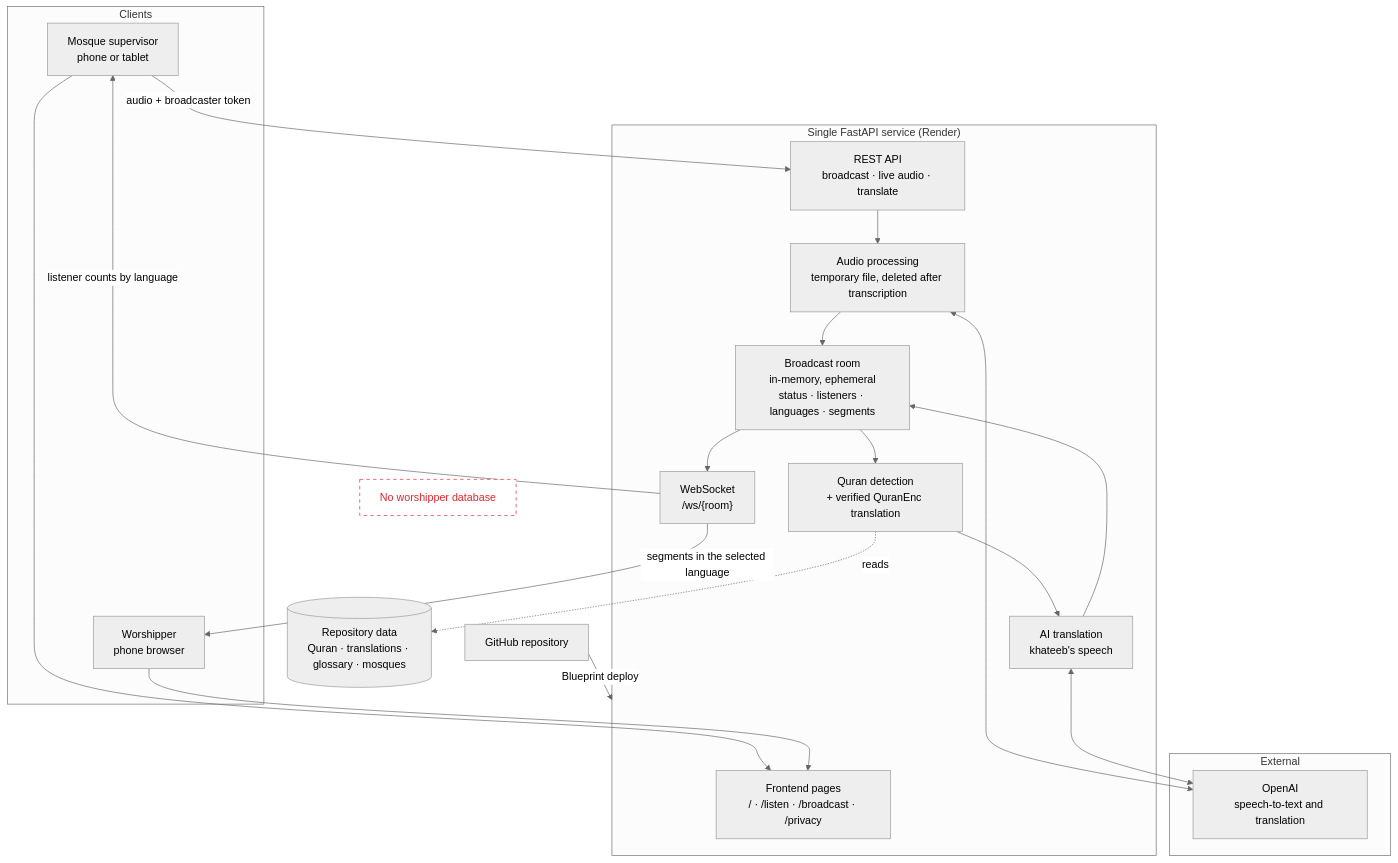
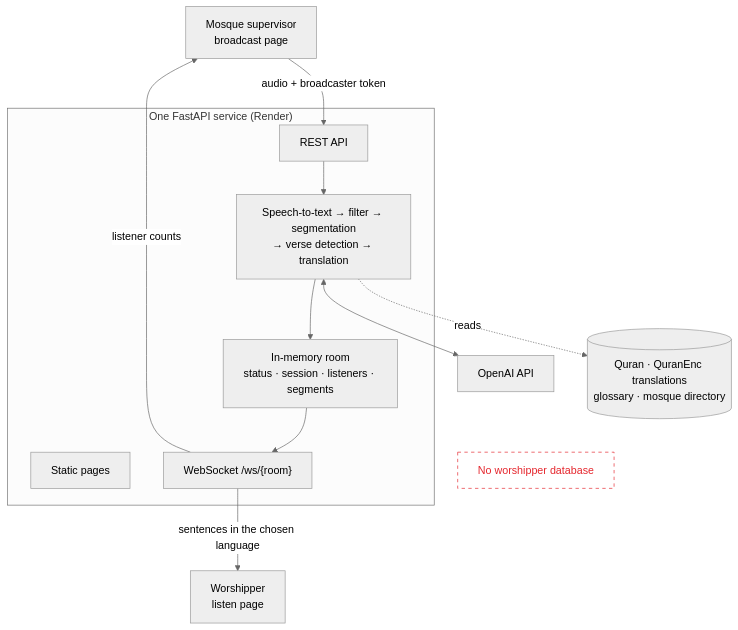
The third of 3 diagrams in README.md (arwaasirii2006-coder/minbar), drawn with Mermaid (neutral theme) before and after one commit. The commit also changed other lines of this file and 9 other files, not shown here.

````diff
--- a/README.md
+++ b/README.md
@@ -208,45 +209,18 @@
 ```mermaid
 flowchart TB
-    subgraph Clients["Clients"]
-        WOR["Worshipper<br/>phone browser"]
-        SUP["Mosque supervisor<br/>phone or tablet"]
+    SUP["Mosque supervisor<br/>broadcast page"] -- "audio + broadcaster token" --> API
+    subgraph Service["One FastAPI service (Render)"]
+        FE["Static pages"]
+        API["REST API"] --> PIPE["Speech-to-text → filter → segmentation<br/>→ verse detection → translation"]
+        PIPE --> ROOM["In-memory room<br/>status · session · listeners · segments"]
+        ROOM --> WS["WebSocket /ws/{room}"]
     end
-
-    subgraph Service["Single FastAPI service (Render)"]
-        FE["Frontend pages<br/>/ · /listen · /broadcast · /privacy"]
-        API["REST API<br/>broadcast · live audio · translate"]
-        ROOM["Broadcast room<br/>in-memory, ephemeral<br/>status · listeners · languages · segments"]
-        AUD["Audio processing<br/>temporary file, deleted after transcription"]
-        QUR["Quran detection<br/>+ verified QuranEnc translation"]
-        AIT["AI translation<br/>khateeb's speech"]
-        WS["WebSocket<br/>/ws/{room}"]
-    end
-
-    subgraph External["External"]
-        OAI["OpenAI<br/>speech-to-text and translation"]
-    end
-
-    DATA[("Repository data<br/>Quran · translations · glossary · mosques")]
+    PIPE <--> OAI["OpenAI API"]
+    PIPE -. reads .-> DATA[("Quran · QuranEnc translations<br/>glossary · mosque directory")]
+    WS -- "sentences in the chosen language" --> WOR["Worshipper<br/>listen page"]
+    WS -- "listener counts" --> SUP
     NODB["No worshipper database"]
-
-    SUP --> FE
-    WOR --> FE
-    SUP -- "audio + broadcaster token" --> API
-    API --> AUD
-    AUD <--> OAI
-    AUD --> ROOM
-    ROOM --> QUR
-    QUR --> AIT
-    AIT <--> OAI
-    QUR -.reads.-> DATA
-    AIT --> ROOM
-    ROOM --> WS
-    WS -- "segments in the selected language" --> WOR
-    WS -- "listener counts by language" --> SUP
     ROOM ~~~ NODB
-
-    GH["GitHub repository"] -- "Blueprint deploy" --> Service
-
     classDef none fill:#fff,stroke:#e5262d,color:#e5262d,stroke-dasharray:5 5;
     class NODB none;
 ```
````
